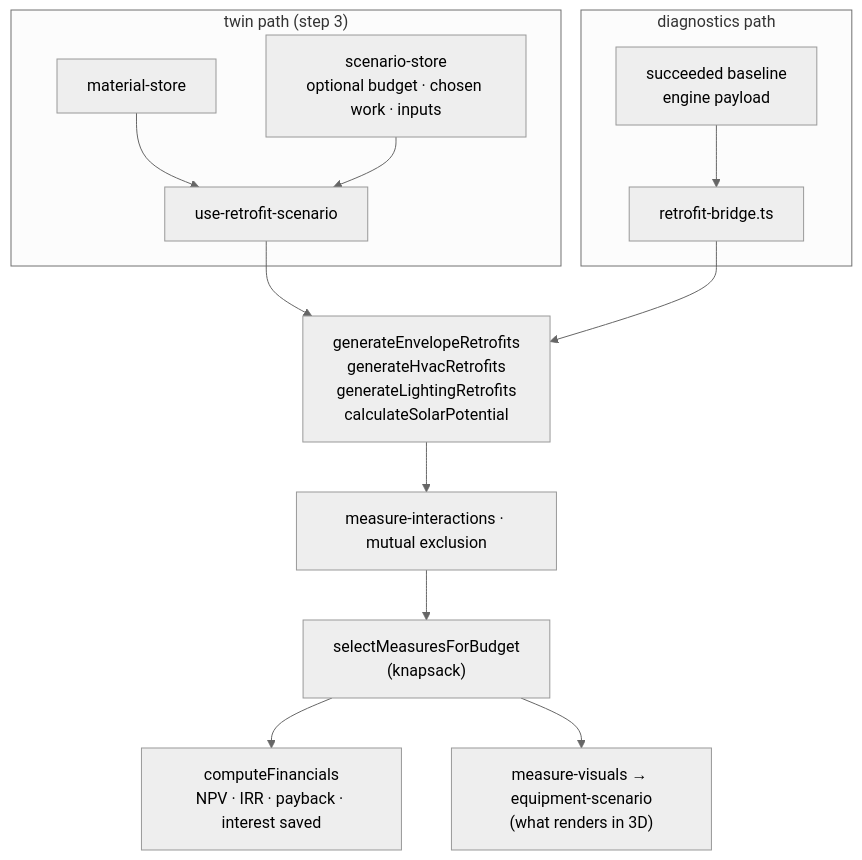
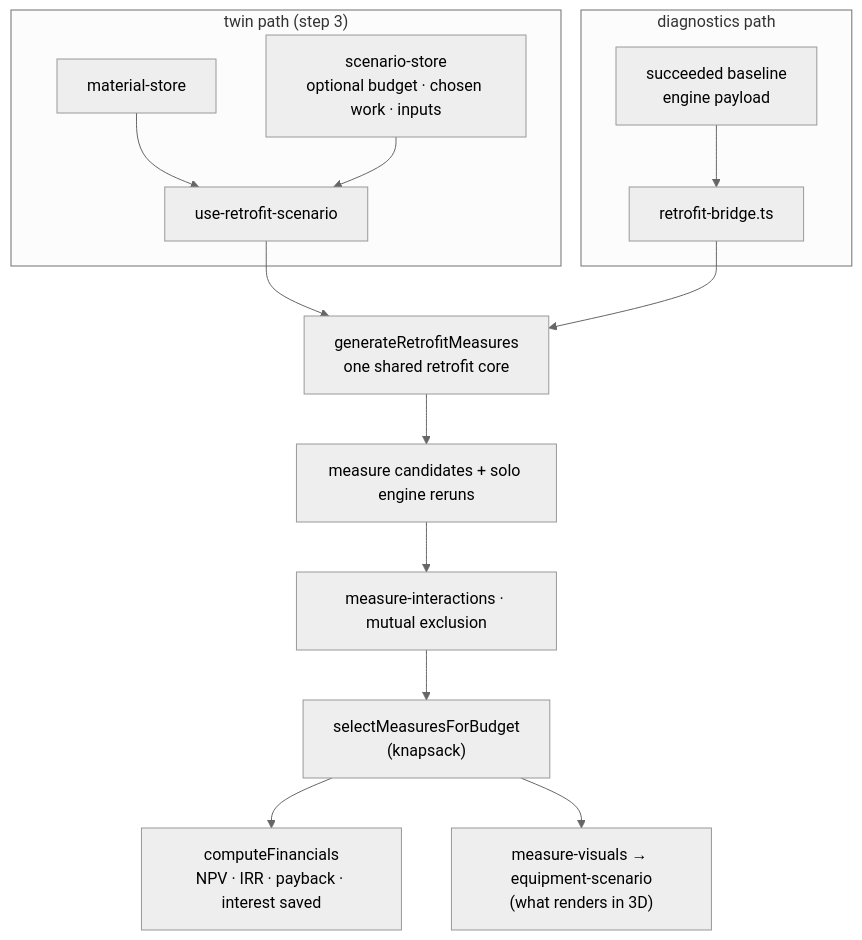
The diagram in docs/02_Features/Retrofit Economics.md (mattysouth97/BIM), drawn with Mermaid (neutral theme) before and after one commit. The commit also changed other lines of this file and 9 other files, not shown here.

````diff
--- a/docs/02_Features/Retrofit Economics.md
+++ b/docs/02_Features/Retrofit Economics.md
@@ -47,15 +48,16 @@
 ```mermaid
 flowchart TD
   subgraph twin["twin path (step 3)"]
     MS[material-store] --> URS[use-retrofit-scenario]
     SS["scenario-store<br/>optional budget · chosen work · inputs"] --> URS
   end
   subgraph diag["diagnostics path"]
     EP["succeeded baseline<br/>engine payload"] --> RBR[retrofit-bridge.ts]
   end
-  URS & RBR --> GEN["generateEnvelopeRetrofits<br/>generateHvacRetrofits<br/>generateLightingRetrofits<br/>calculateSolarPotential"]
+  URS & RBR --> CORE["generateRetrofitMeasures<br/>one shared retrofit core"]
+  CORE --> GEN["measure candidates + solo engine reruns"]
   GEN --> MI[measure-interactions · mutual exclusion]
   MI --> KN["selectMeasuresForBudget<br/>(knapsack)"]
   KN --> FIN["computeFinancials<br/>NPV · IRR · payback · interest saved"]
   KN --> VIS["measure-visuals → equipment-scenario<br/>(what renders in 3D)"]
 ```
````
